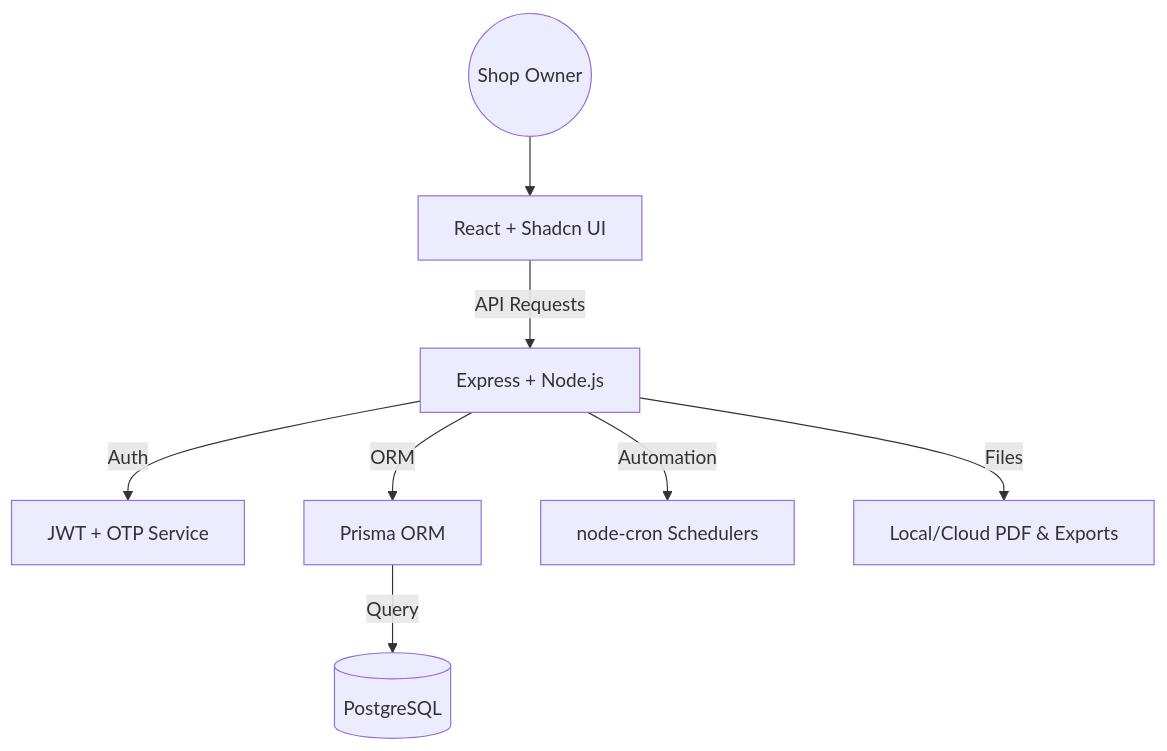
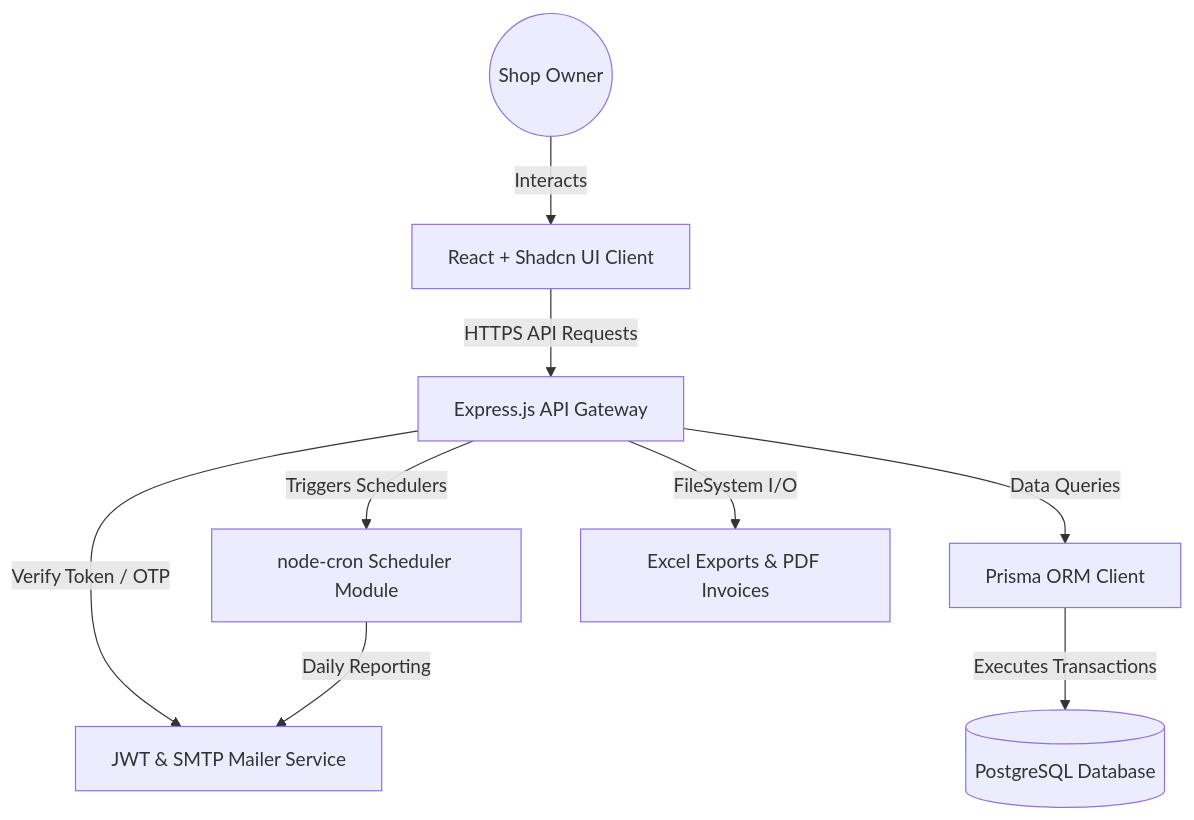
The diagram in README.md (ksingla1885/IntelliMart), drawn with Mermaid before and after one commit. The commit also changed other lines of this file, not shown here.

````diff
--- a/README.md
+++ b/README.md
@@ -85,10 +100,11 @@
 ```mermaid
 graph TD
-    User((Shop Owner)) --> Frontend[React + Shadcn UI]
-    Frontend -->|API Requests| Backend[Express + Node.js]
-    Backend -->|Auth| JWT[JWT + OTP Service]
-    Backend -->|ORM| Prisma[Prisma ORM]
-    Prisma -->|Query| DB[(PostgreSQL)]
-    Backend -->|Automation| Cron[node-cron Schedulers]
-    Backend -->|Files| Storage[Local/Cloud PDF & Exports]
+    Owner((Shop Owner)) -->|Interacts| Frontend[React + Shadcn UI Client]
+    Frontend -->|HTTPS API Requests| Backend[Express.js API Gateway]
+    Backend -->|Verify Token / OTP| Auth[JWT & SMTP Mailer Service]
+    Backend -->|Triggers Schedulers| Cron[node-cron Scheduler Module]
+    Backend -->|Data Queries| Prisma[Prisma ORM Client]
+    Prisma -->|Executes Transactions| DB[(PostgreSQL Database)]
+    Backend -->|FileSystem I/O| Disk[Excel Exports & PDF Invoices]
+    Cron -->|Daily Reporting| Auth
 ```
````
